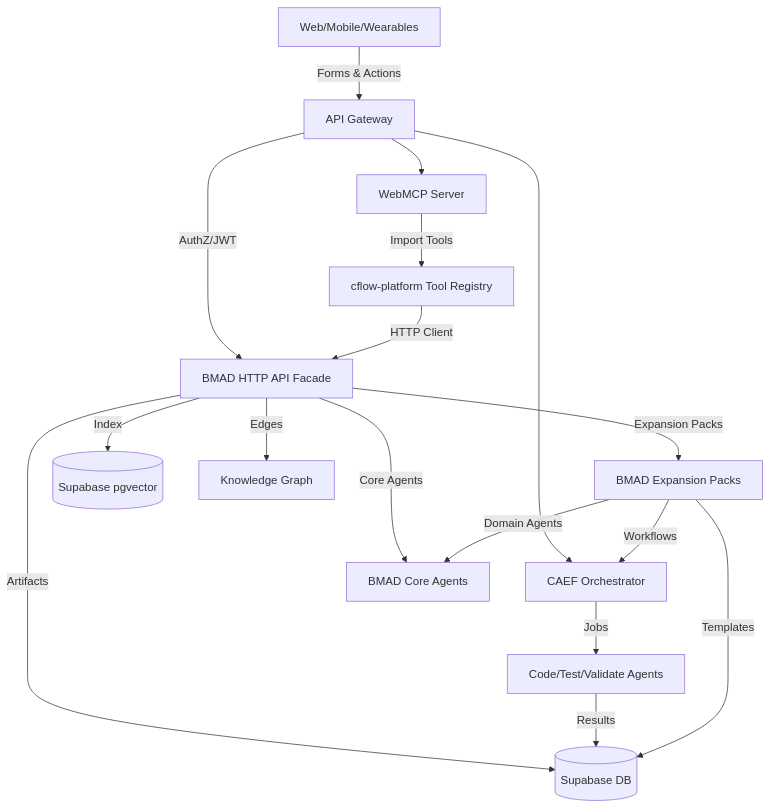
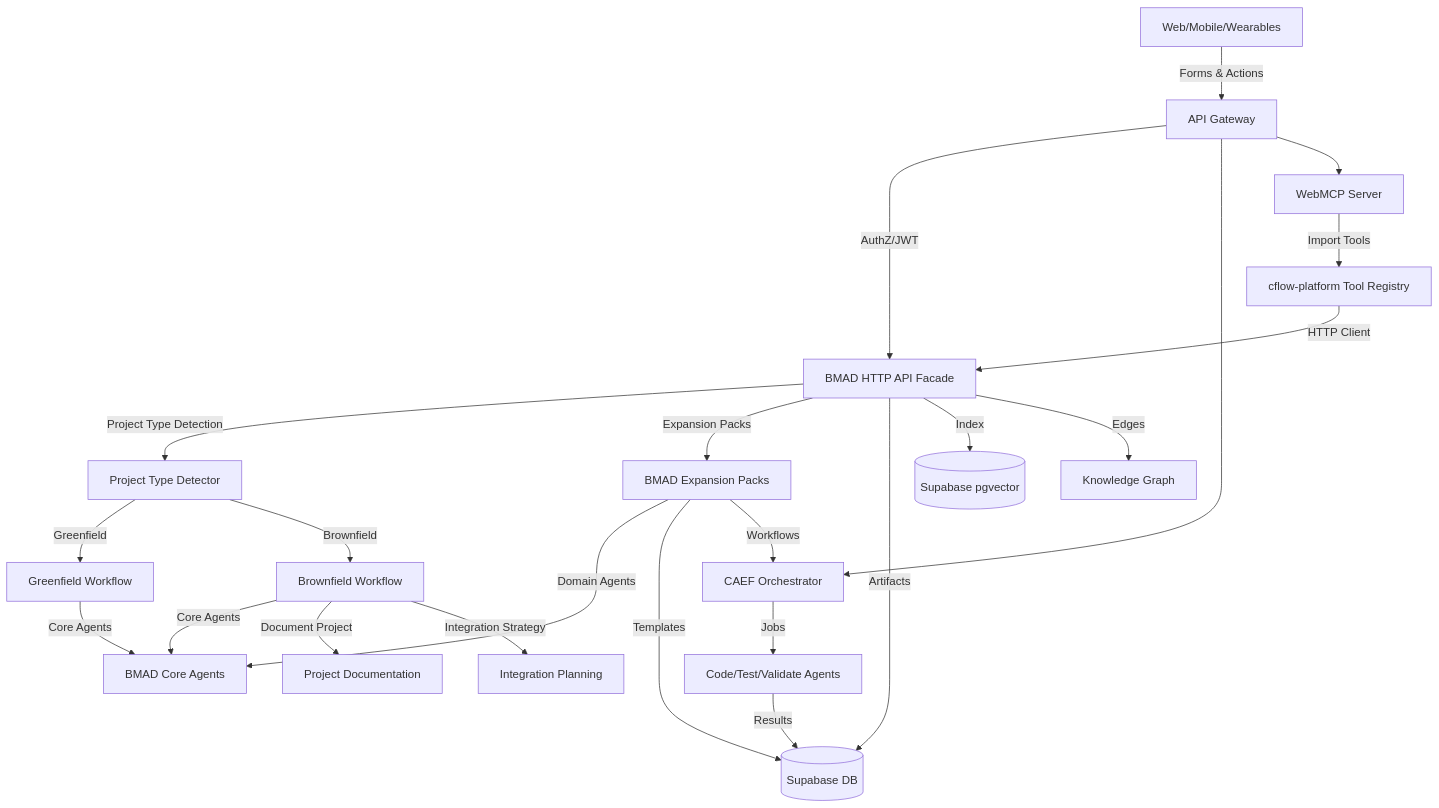
One commit to baerautotech/cflow-platform changed the first of 3 diagrams in docs/plans/BMAD_CORE_PLATFORM_INTEGRATION_PLAN.md. Above: the diagram before and after it, drawn with Mermaid. The commit also changed other lines of this file and 2 other files, not shown here.

````diff
--- a/docs/plans/BMAD_CORE_PLATFORM_INTEGRATION_PLAN.md
+++ b/docs/plans/BMAD_CORE_PLATFORM_INTEGRATION_PLAN.md
@@ -47,19 +49,25 @@
 ```mermaid
 graph TD
   U[Web/Mobile/Wearables] -->|Forms & Actions| GW[API Gateway]
   GW -->|AuthZ/JWT| BMAD[BMAD HTTP API Facade]
   GW --> CAEF[CAEF Orchestrator]
   GW --> WebMCP[WebMCP Server]
-  BMAD -->|Core Agents| CORE[BMAD Core Agents]
+  BMAD -->|Project Type Detection| PTD[Project Type Detector]
+  PTD -->|Greenfield| GREEN[Greenfield Workflow]
+  PTD -->|Brownfield| BROWN[Brownfield Workflow]
+  GREEN -->|Core Agents| CORE[BMAD Core Agents]
+  BROWN -->|Core Agents| CORE
+  BROWN -->|Document Project| DOC[Project Documentation]
+  BROWN -->|Integration Strategy| INT[Integration Planning]
   BMAD -->|Expansion Packs| EXP[BMAD Expansion Packs]
   BMAD -->|Artifacts| DB[(Supabase DB)]
   BMAD -->|Index| RAG[(Supabase pgvector)]
   BMAD -->|Edges| KG[Knowledge Graph]
   CAEF -->|Jobs| EXEC[Code/Test/Validate Agents]
   EXEC -->|Results| DB
   WebMCP -->|Import Tools| CFlow[cflow-platform Tool Registry]
   CFlow -->|HTTP Client| BMAD
   EXP -->|Domain Agents| CORE
   EXP -->|Templates| DB
   EXP -->|Workflows| CAEF
 ```
````
